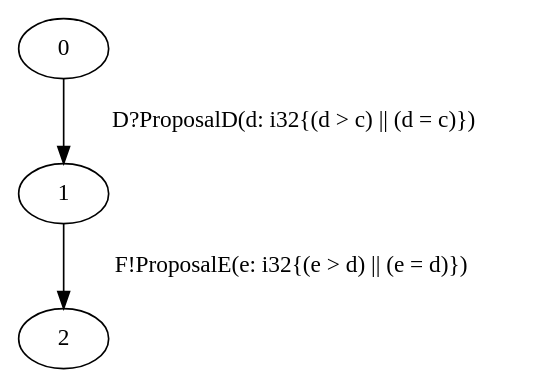
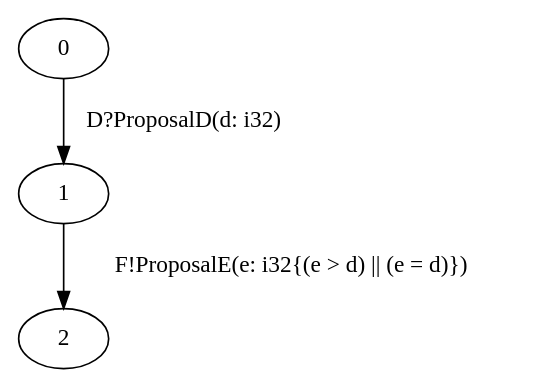
One commit to qixi5703/rumpsteak changed the diagram in examples/Running examples/ring_max/E_expected.dot. Above: the diagram before and after it, drawn with Graphviz. The commit also changed other lines of this file and 7 other files, not shown here.

```diff
--- a/examples/Running examples/ring_max/E_expected.dot
+++ b/examples/Running examples/ring_max/E_expected.dot
@@ -1,11 +1,11 @@
 digraph E {
   0;
   1;
   2;
   
   
-  0 -> 1 [label="D?ProposalD(d: i32{(d > c) || (d = c)})",
+  0 -> 1 [label="D?ProposalD(d: i32)",
           ];
   1 -> 2 [label="F!ProposalE(e: i32{(e > d) || (e = d)})", ];
   
   }
```
